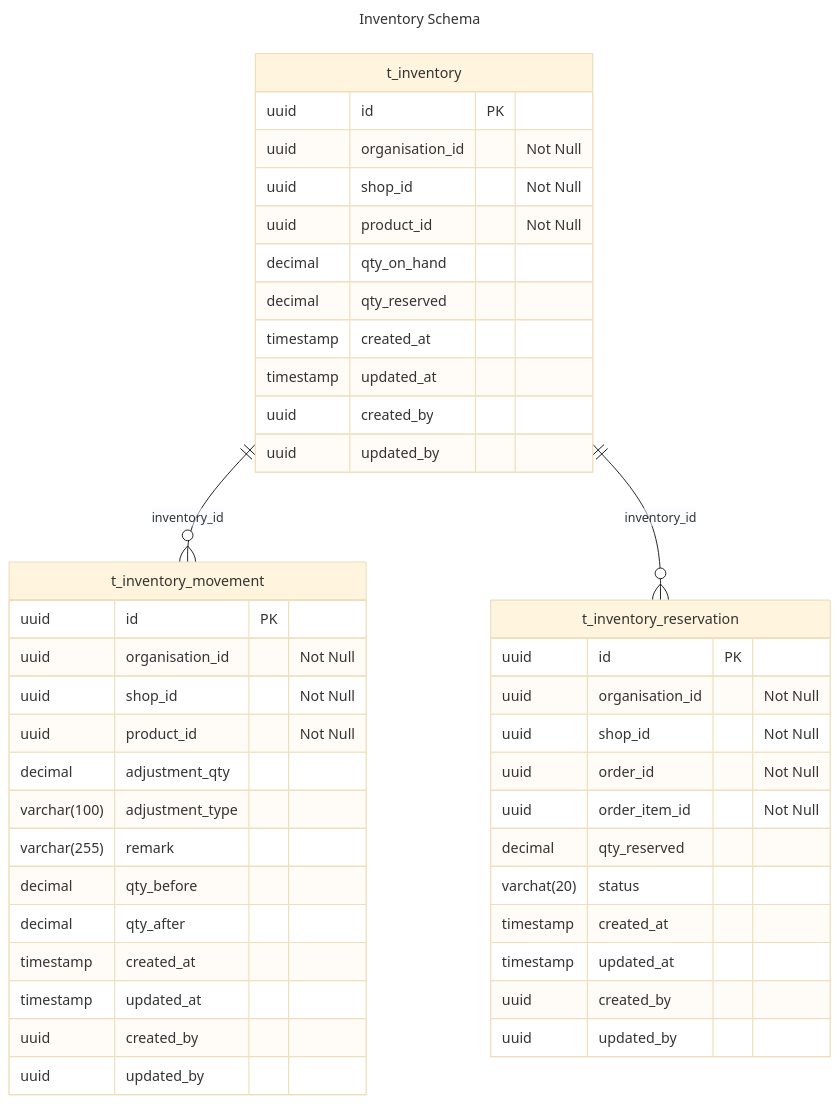
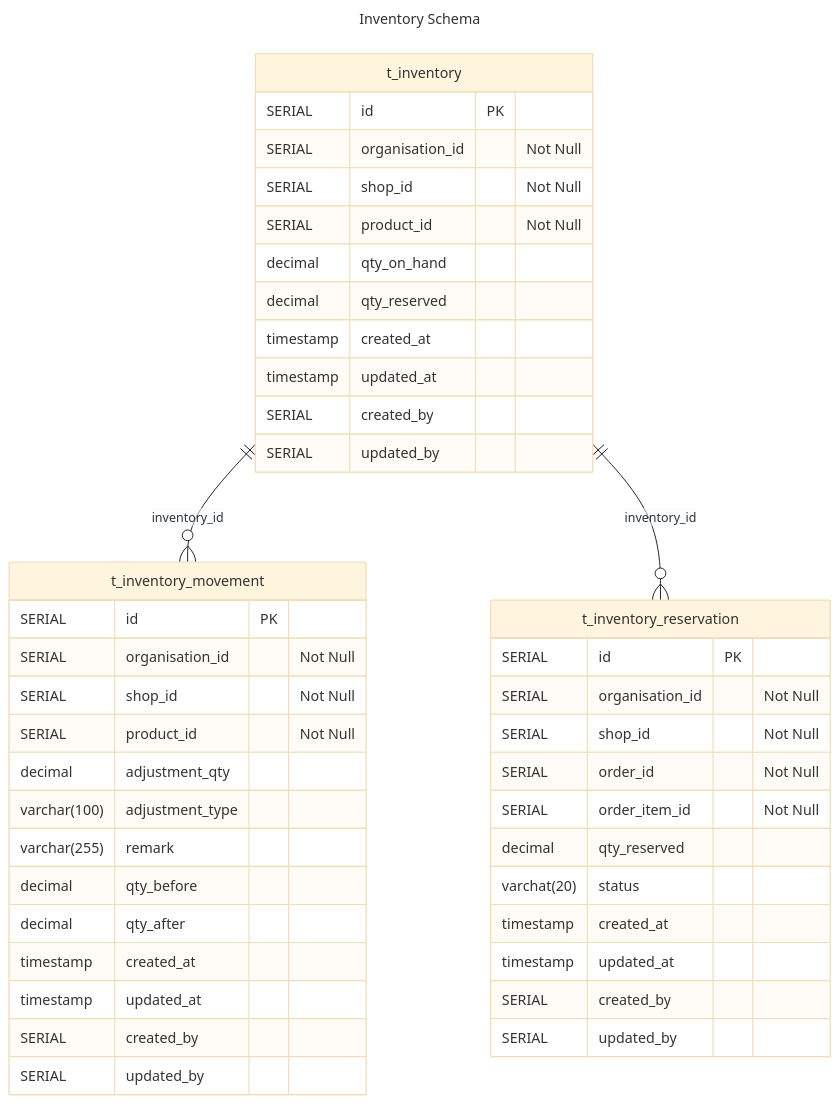
One commit to va4815/stockflow-docs changed the diagram in database/modules/inventory-erd.md. Above: the diagram before and after it, drawn with Mermaid (base theme). The commit also changed 4 other files, not shown here.

Commit message:
change the primary from uuid to serial

````diff
--- a/database/modules/inventory-erd.md
+++ b/database/modules/inventory-erd.md
@@ -21,59 +21,59 @@
 ```mermaid
 ---
 title: Inventory Schema
 ---
 erDiagram
     t_inventory {
-        uuid id PK
-        uuid organisation_id "Not Null"
-        uuid shop_id "Not Null"
-        uuid product_id "Not Null"
+        SERIAL id PK
+        SERIAL organisation_id "Not Null"
+        SERIAL shop_id "Not Null"
+        SERIAL product_id "Not Null"
 
         decimal qty_on_hand
         decimal qty_reserved
 
         timestamp created_at
         timestamp updated_at
-        uuid created_by
-        uuid updated_by
+        SERIAL created_by
+        SERIAL updated_by
     }
 
     t_inventory_movement {
-        uuid id PK
-        uuid organisation_id "Not Null"
-        uuid shop_id "Not Null"
-        uuid product_id "Not Null"
+        SERIAL id PK
+        SERIAL organisation_id "Not Null"
+        SERIAL shop_id "Not Null"
+        SERIAL product_id "Not Null"
 
         decimal adjustment_qty
         varchar(100) adjustment_type
         varchar(255) remark
 
         decimal qty_before
         decimal qty_after
 
         timestamp created_at
         timestamp updated_at
-        uuid created_by
-        uuid updated_by
+        SERIAL created_by
+        SERIAL updated_by
     }
     t_inventory ||--o{ t_inventory_movement : inventory_id
 
     t_inventory_reservation {
-        uuid id PK
+        SERIAL id PK
 
-        uuid organisation_id "Not Null"
-        uuid shop_id "Not Null"
+        SERIAL organisation_id "Not Null"
+        SERIAL shop_id "Not Null"
         
-        uuid order_id "Not Null"
-        uuid order_item_id "Not Null"
+        SERIAL order_id "Not Null"
+        SERIAL order_item_id "Not Null"
 
         decimal qty_reserved
         varchat(20) status
 
         timestamp created_at
         timestamp updated_at
-        uuid created_by
-        uuid updated_by
+        SERIAL created_by
+        SERIAL updated_by
     }
     t_inventory ||--o{ t_inventory_reservation : inventory_id
 ```
````
